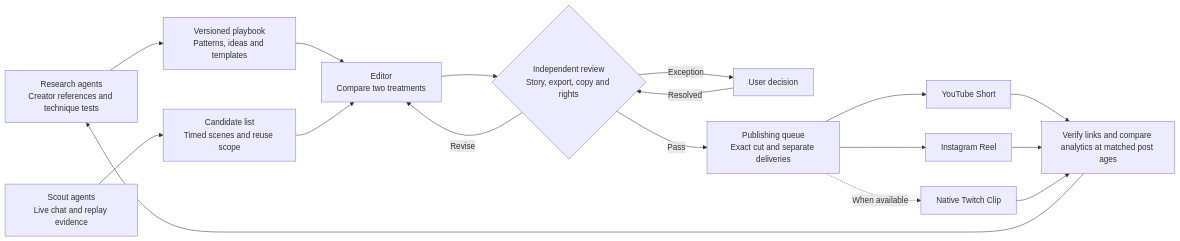
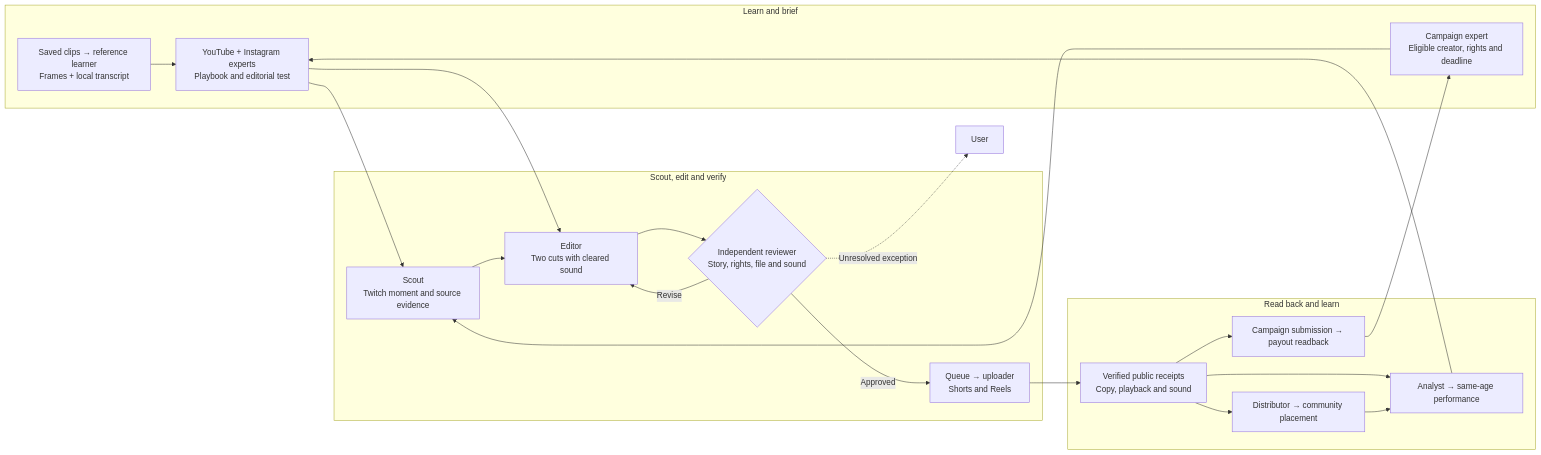
One commit to archit15singh/chat-clip-finder changed the diagram in docs/production-workflow-plan.md. Above: the diagram before and after it, drawn with Mermaid. The commit also changed 3 other files, not shown here.

First line of the commit message:
feat(studio): add a saved-reference learner role

````diff
--- a/docs/production-workflow-plan.md
+++ b/docs/production-workflow-plan.md
@@ -9,19 +9,35 @@
 ```mermaid
 flowchart LR
-    R["Research agents<br/>Creator references and technique tests"] --> P["Versioned playbook<br/>Patterns, ideas and templates"]
-    S["Scout agents<br/>Live chat and replay evidence"] --> C["Candidate list<br/>Timed scenes and reuse scope"]
-    P --> E["Editor<br/>Compare two treatments"]
-    C --> E
-    E --> Q{"Independent review<br/>Story, export, copy and rights"}
-    Q -->|Revise| E
-    Q -->|Exception| H["User decision"]
-    H -->|Resolved| Q
-    Q -->|Pass| D["Publishing queue<br/>Exact cut and separate deliveries"]
-    D --> Y["YouTube Short"]
-    D --> I["Instagram Reel"]
-    D -. "When available" .-> T["Native Twitch Clip"]
-    Y --> M["Verify links and compare analytics at matched post ages"]
-    I --> M
-    T --> M
-    M --> R
+    subgraph Learn["Learn and brief"]
+      R["Saved clips → reference learner<br/>Frames + local transcript"]
+      P["YouTube + Instagram experts<br/>Playbook and editorial test"]
+      C["Campaign expert<br/>Eligible creator, rights and deadline"]
+      R --> P
+    end
+    subgraph Make["Scout, edit and verify"]
+      S["Scout<br/>Twitch moment and source evidence"]
+      E["Editor<br/>Two cuts with cleared sound"]
+      Q{"Independent reviewer<br/>Story, rights, file and sound"}
+      U["Queue → uploader<br/>Shorts and Reels"]
+      S --> E --> Q
+      Q -->|Approved| U
+      Q -->|Revise| E
+    end
+    subgraph Release["Read back and learn"]
+      V["Verified public receipts<br/>Copy, playback and sound"]
+      D["Distributor → community placement"]
+      M["Campaign submission → payout readback"]
+      A["Analyst → same-age performance"]
+      V --> D
+      V --> M
+      V --> A
+      D --> A
+    end
+    P --> S
+    P --> E
+    C --> S
+    U --> V
+    A --> P
+    M --> C
+    Q -. "Unresolved exception" .-> H["User"]
 ```
````
